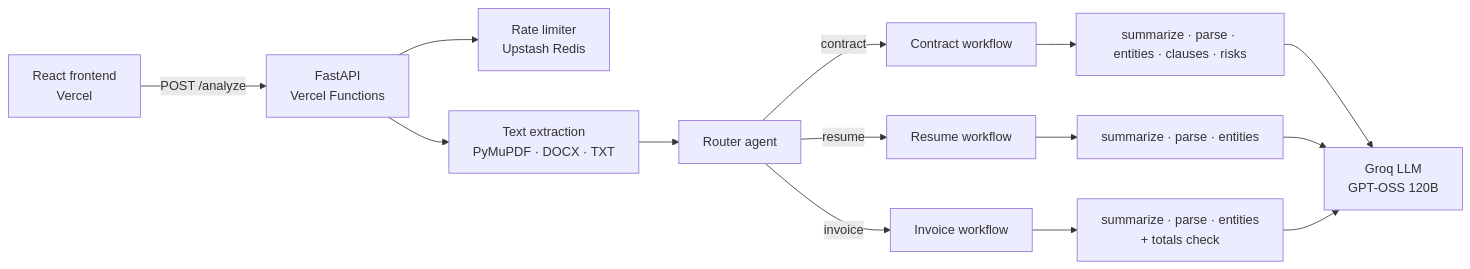
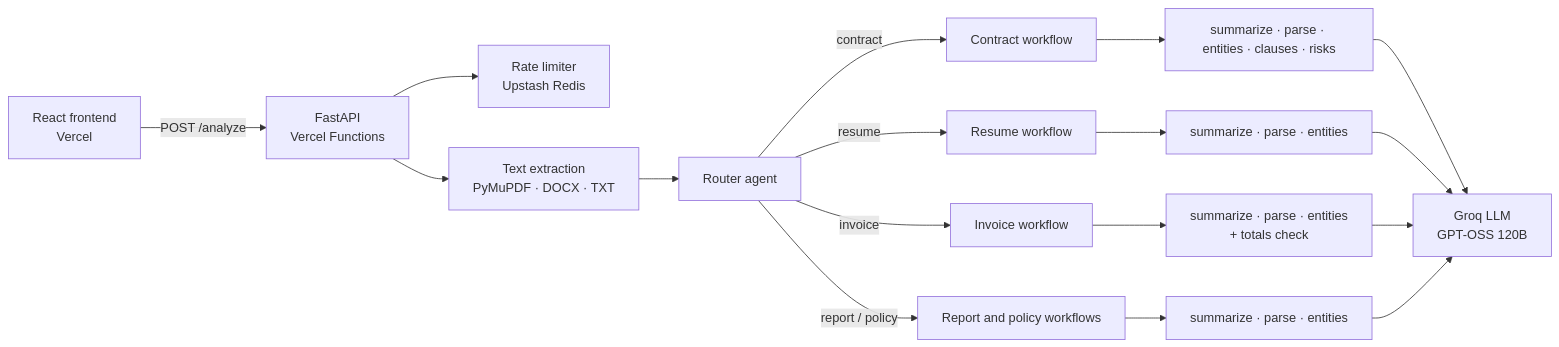
Before and after one commit to slayplayagrima/ParseMind: the diagram in README.md, drawn with Mermaid. The commit also changed other lines of this file, not shown here.

Commit message:
docs: document report and policy analysis

````diff
--- a/README.md
+++ b/README.md
@@ -22,16 +24,19 @@
 ```mermaid
 flowchart LR
     U[React frontend<br/>Vercel] -->|POST /analyze| A[FastAPI<br/>Vercel Functions]
     A --> RL[Rate limiter<br/>Upstash Redis]
     A --> P[Text extraction<br/>PyMuPDF · DOCX · TXT]
     P --> R[Router agent]
     R -->|contract| CW[Contract workflow]
     R -->|resume| RW[Resume workflow]
     R -->|invoice| IW[Invoice workflow]
+    R -->|report / policy| OW[Report and policy workflows]
     CW --> S1[summarize · parse · entities · clauses · risks]
     RW --> S2[summarize · parse · entities]
     S1 --> G[Groq LLM<br/>GPT-OSS 120B]
     IW --> S3[summarize · parse · entities<br/>+ totals check]
     S2 --> G
     S3 --> G
+    OW --> S4[summarize · parse · entities]
+    S4 --> G
 ```
````
